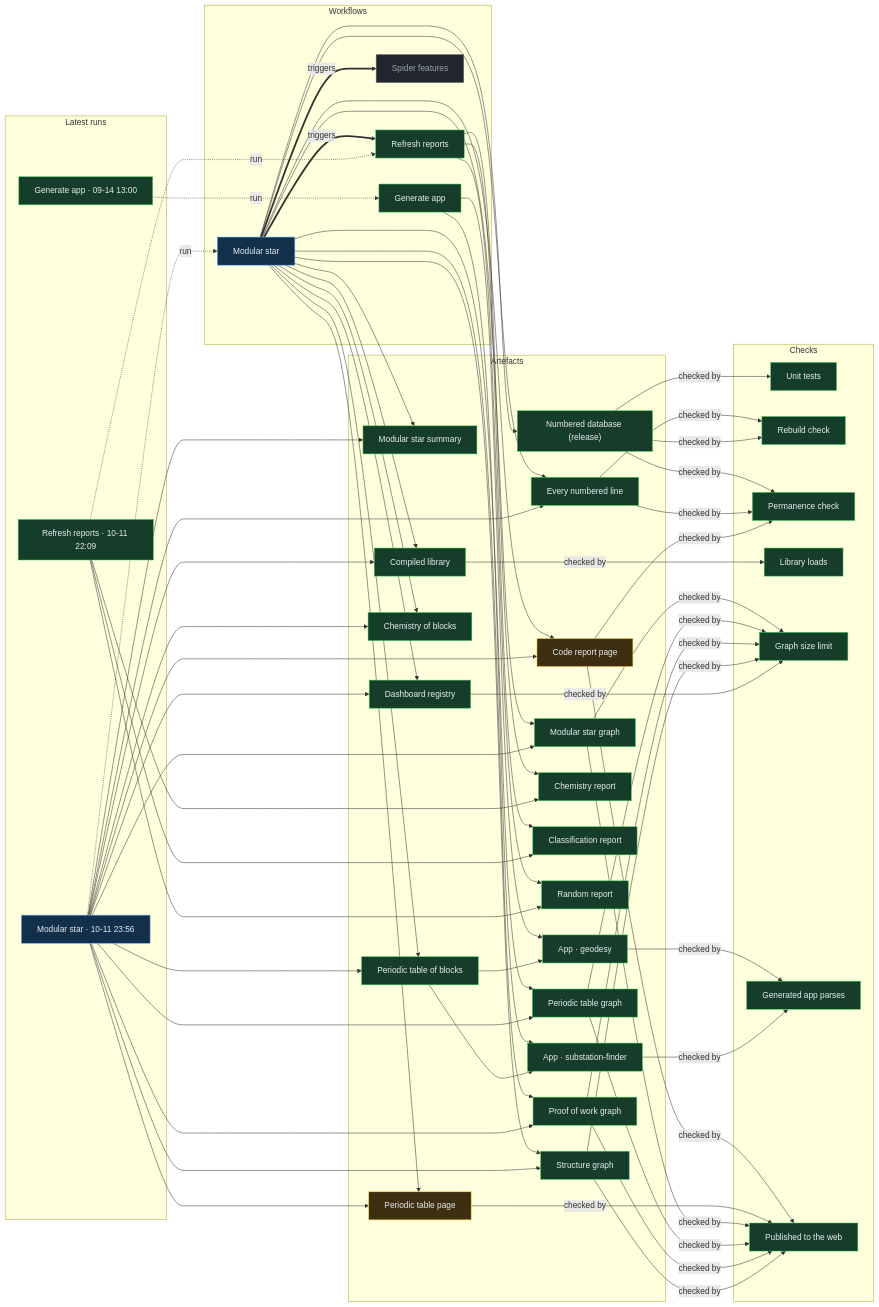
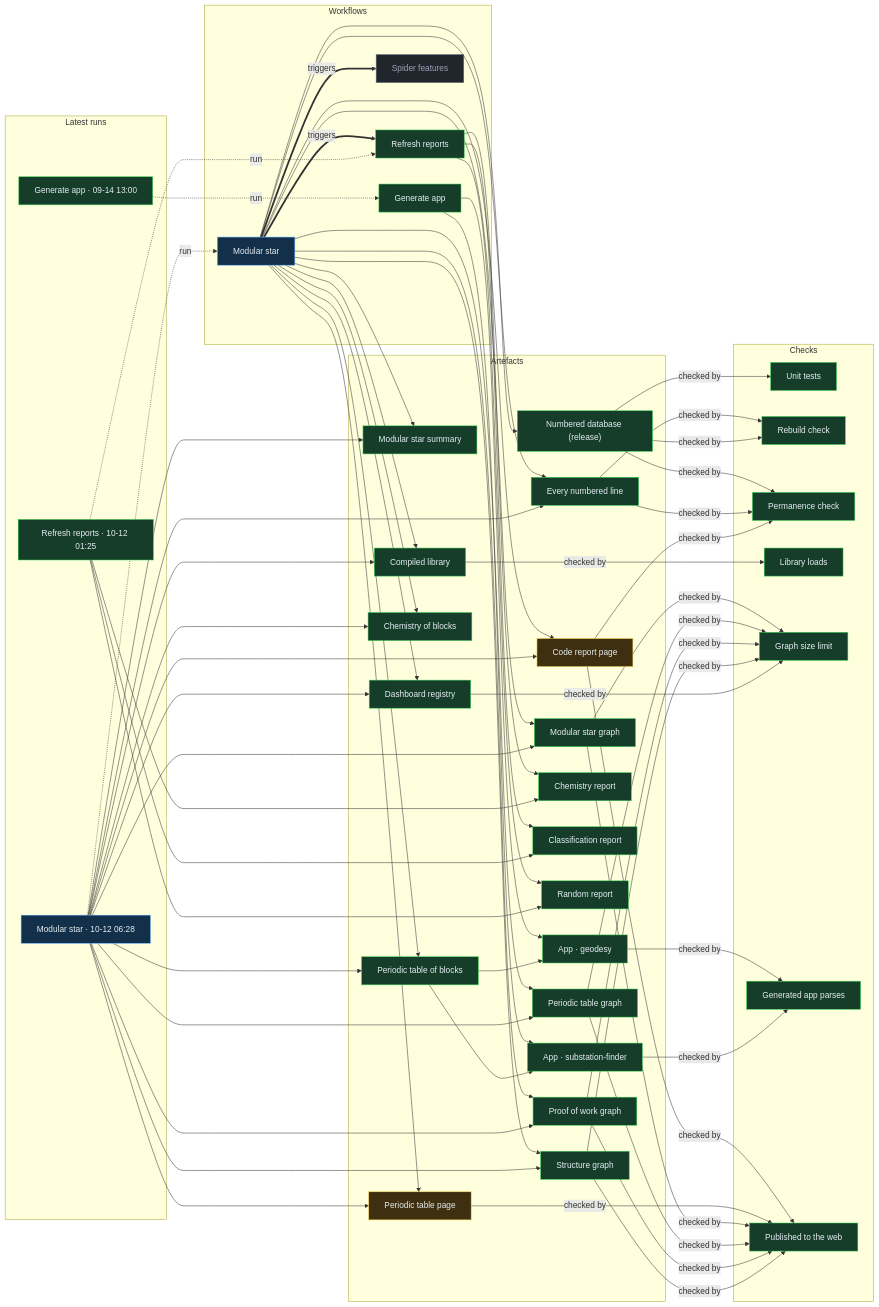
One commit to Ventusltd/stars changed the diagram in proof/PROOF.md. Above: the diagram before and after it, drawn with Mermaid. The commit also changed other lines of this file and 44 other files, not shown here.

Commit message:
Modular star 2026-10-12T06:31Z

```diff
--- a/proof/PROOF.md
+++ b/proof/PROOF.md
@@ -24,8 +24,8 @@
   n_wf_spider_features["Spider features"]:::off
   end
   subgraph g_runs["Latest runs"]
-  n_run_38186166446["Modular star · 10-11 23:56"]:::live
-  n_run_38179281017["Refresh reports · 10-11 22:09"]:::ok
+  n_run_38212652795["Modular star · 10-12 06:28"]:::live
+  n_run_38191860295["Refresh reports · 10-12 01:25"]:::ok
   n_run_34846587798["Generate app · 09-14 13:00"]:::ok
   end
   subgraph g_artefacts["Artefacts"]
@@ -59,39 +59,39 @@
   end
   n_wf_modular_star == triggers ==> n_wf_refresh
   n_wf_modular_star == triggers ==> n_wf_spider_features
-  n_run_38186166446 -. run .-> n_wf_modular_star
-  n_run_38179281017 -. run .-> n_wf_refresh
+  n_run_38212652795 -. run .-> n_wf_modular_star
+  n_run_38191860295 -. run .-> n_wf_refresh
   n_run_34846587798 -. run .-> n_wf_generate
   n_wf_modular_star --> n_art_summary
-  n_run_38186166446 --> n_art_summary
+  n_run_38212652795 --> n_art_summary
   n_wf_modular_star --> n_art_lines
-  n_run_38186166446 --> n_art_lines
+  n_run_38212652795 --> n_art_lines
   n_wf_modular_star --> n_art_code
-  n_run_38186166446 --> n_art_code
+  n_run_38212652795 --> n_art_code
   n_wf_modular_star --> n_art_modular_graph
-  n_run_38186166446 --> n_art_modular_graph
+  n_run_38212652795 --> n_art_modular_graph
   n_wf_modular_star --> n_art_blocks
-  n_run_38186166446 --> n_art_blocks
+  n_run_38212652795 --> n_art_blocks
   n_wf_modular_star --> n_art_table
-  n_run_38186166446 --> n_art_table
+  n_run_38212652795 --> n_art_table
   n_wf_modular_star --> n_art_blocks_graph
-  n_run_38186166446 --> n_art_blocks_graph
+  n_run_38212652795 --> n_art_blocks_graph
   n_wf_modular_star --> n_art_reactions
-  n_run_38186166446 --> n_art_reactions
+  n_run_38212652795 --> n_art_reactions
   n_wf_modular_star --> n_art_library
-  n_run_38186166446 --> n_art_library
+  n_run_38212652795 --> n_art_library
   n_wf_modular_star --> n_art_features
-  n_run_38186166446 --> n_art_features
+  n_run_38212652795 --> n_art_features
   n_wf_modular_star --> n_art_proof
-  n_run_38186166446 --> n_art_proof
+  n_run_38212652795 --> n_art_proof
   n_wf_modular_star --> n_art_structure
-  n_run_38186166446 --> n_art_structure
+  n_run_38212652795 --> n_art_structure
   n_wf_refresh --> n_art_chemistry
-  n_run_38179281017 --> n_art_chemistry
+  n_run_38191860295 --> n_art_chemistry
   n_wf_refresh --> n_art_vedic
-  n_run_38179281017 --> n_art_vedic
+  n_run_38191860295 --> n_art_vedic
   n_wf_refresh --> n_art_random
-  n_run_38179281017 --> n_art_random
+  n_run_38191860295 --> n_art_random
   n_wf_modular_star --> n_art_release
   n_wf_generate --> n_app_geodesy
   n_art_blocks --> n_app_geodesy
```
